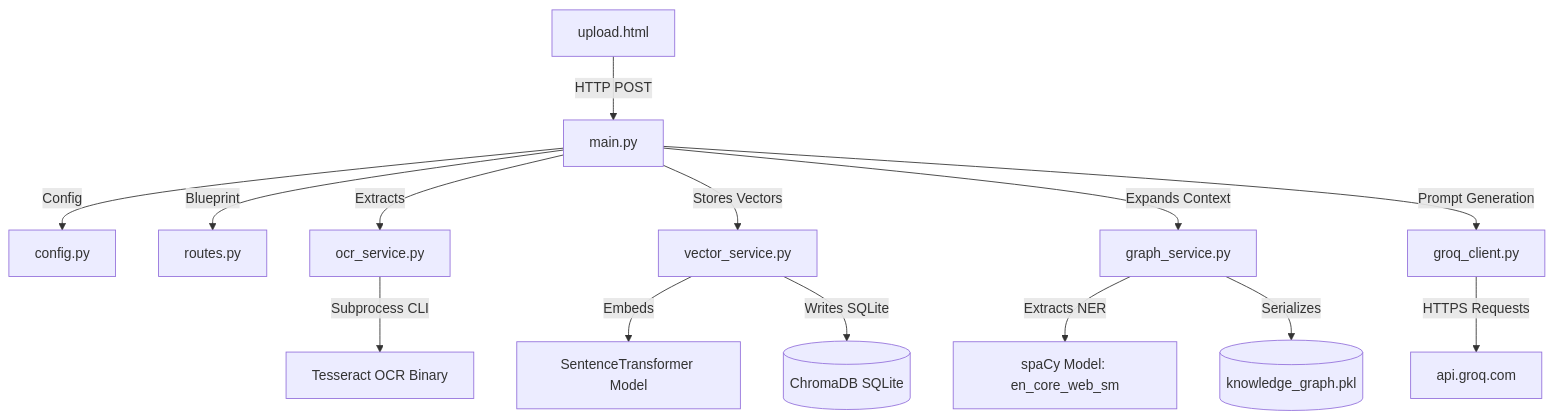
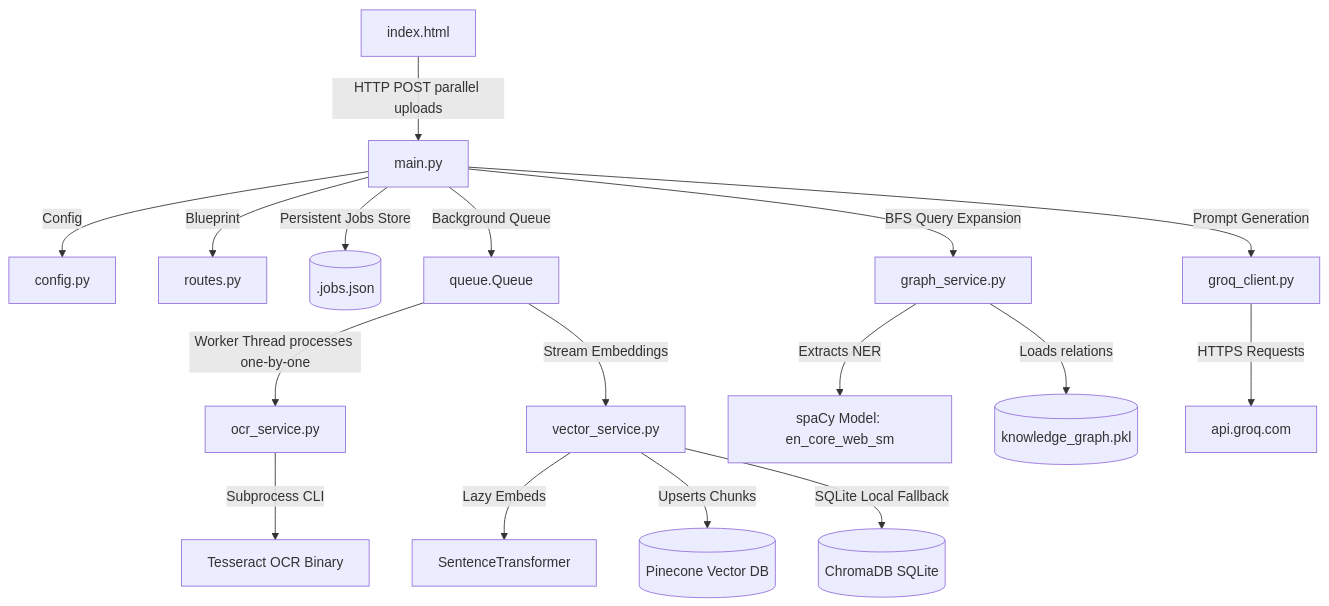
The first of 3 diagrams in docs/documentation.md (sakshamsaxena22/Semantic-Search-System), drawn with Mermaid before and after one commit. The commit also changed other lines of this file and 3 other files, not shown here.

Commit message:
Decreased Upload time by changing Groq Calls

````diff
--- a/docs/documentation.md
+++ b/docs/documentation.md
@@ -108,18 +105,23 @@
 ```mermaid
 graph TD
-    UI[upload.html] -->|HTTP POST| AppMain[main.py]
+    UI[index.html] -->|HTTP POST parallel uploads| AppMain[main.py]
     AppMain -->|Config| Config[config.py]
     AppMain -->|Blueprint| Routes[routes.py]
+    AppMain -->|Persistent Jobs Store| JobsStore[(.jobs.json)]
+    AppMain -->|Background Queue| WorkQueue[queue.Queue]
     
-    AppMain -->|Extracts| OCR[ocr_service.py]
-    AppMain -->|Stores Vectors| Vector[vector_service.py]
-    AppMain -->|Expands Context| Graph[graph_service.py]
-    AppMain -->|Prompt Generation| LLM[groq_client.py]
+    WorkQueue -->|Worker Thread processes one-by-one| OCR[ocr_service.py]
+    WorkQueue -->|Stream Embeddings| Vector[vector_service.py]
     
     OCR -->|Subprocess CLI| TessBinary[Tesseract OCR Binary]
-    Vector -->|Embeds| Transformer[SentenceTransformer Model]
-    Vector -->|Writes SQLite| Chroma[(ChromaDB SQLite)]
+    Vector -->|Lazy Embeds| Transformer[SentenceTransformer]
+    Vector -->|Upserts Chunks| Pinecone[(Pinecone Vector DB)]
+    Vector -->|SQLite Local Fallback| Chroma[(ChromaDB SQLite)]
+    
+    AppMain -->|BFS Query Expansion| Graph[graph_service.py]
     Graph -->|Extracts NER| Spacy[spaCy Model: en_core_web_sm]
-    Graph -->|Serializes| Pickle[(knowledge_graph.pkl)]
+    Graph -->|Loads relations| Pickle[(knowledge_graph.pkl)]
+    
+    AppMain -->|Prompt Generation| LLM[groq_client.py]
     LLM -->|HTTPS Requests| GroqAPI[api.groq.com]
 ```
````
